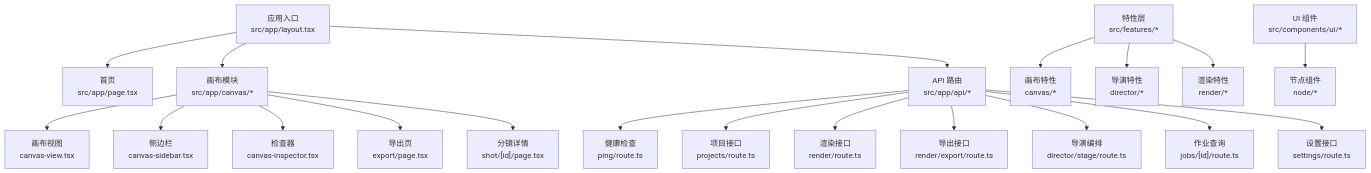
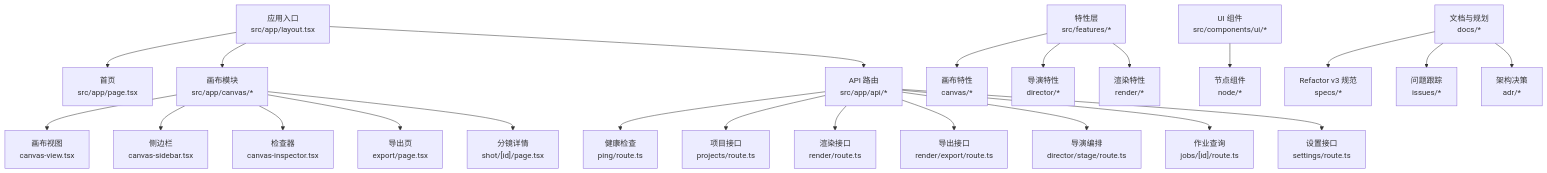
Before and after one commit to AIMFllyYS/code-video-canvas: the first of 8 diagrams in .qoder/repowiki/zh/content/开发指南/开发指南.md, drawn with Mermaid. The commit also changed other lines of this file and 51 other files, not shown here.

````diff
--- a/.qoder/repowiki/zh/content/开发指南/开发指南.md
+++ b/.qoder/repowiki/zh/content/开发指南/开发指南.md
@@ -91,22 +105,25 @@
 ```mermaid
 graph TB
 A["应用入口<br/>src/app/layout.tsx"] --> B["首页<br/>src/app/page.tsx"]
 A --> C["画布模块<br/>src/app/canvas/*"]
 C --> C1["画布视图<br/>canvas-view.tsx"]
 C --> C2["侧边栏<br/>canvas-sidebar.tsx"]
 C --> C3["检查器<br/>canvas-inspector.tsx"]
 C --> C4["导出页<br/>export/page.tsx"]
 C --> C5["分镜详情<br/>shot/[id]/page.tsx"]
 A --> D["API 路由<br/>src/app/api/*"]
 D --> D1["健康检查<br/>ping/route.ts"]
 D --> D2["项目接口<br/>projects/route.ts"]
 D --> D3["渲染接口<br/>render/route.ts"]
 D --> D4["导出接口<br/>render/export/route.ts"]
 D --> D5["导演编排<br/>director/stage/route.ts"]
 D --> D6["作业查询<br/>jobs/[id]/route.ts"]
 D --> D7["设置接口<br/>settings/route.ts"]
 E["特性层<br/>src/features/*"] --> F["画布特性<br/>canvas/*"]
 E --> G["导演特性<br/>director/*"]
 E --> H["渲染特性<br/>render/*"]
 I["UI 组件<br/>src/components/ui/*"] --> J["节点组件<br/>node/*"]
+K["文档与规划<br/>docs/*"] --> L["Refactor v3 规范<br/>specs/*"]
+K --> M["问题跟踪<br/>issues/*"]
+K --> N["架构决策<br/>adr/*"]
 ```
````
